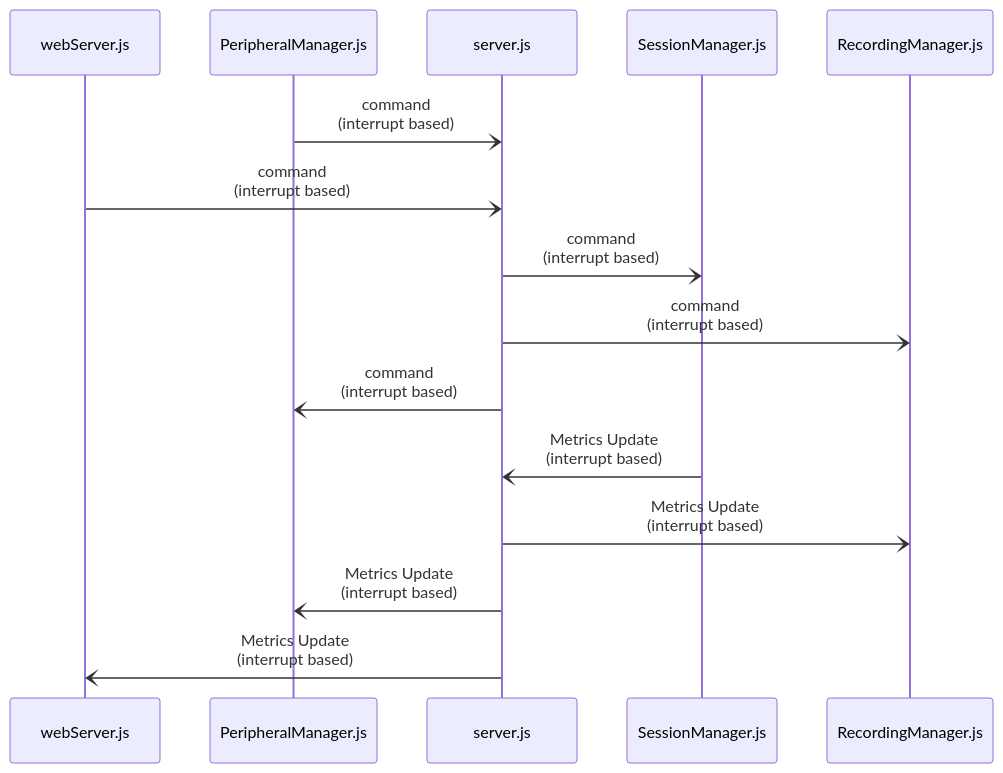
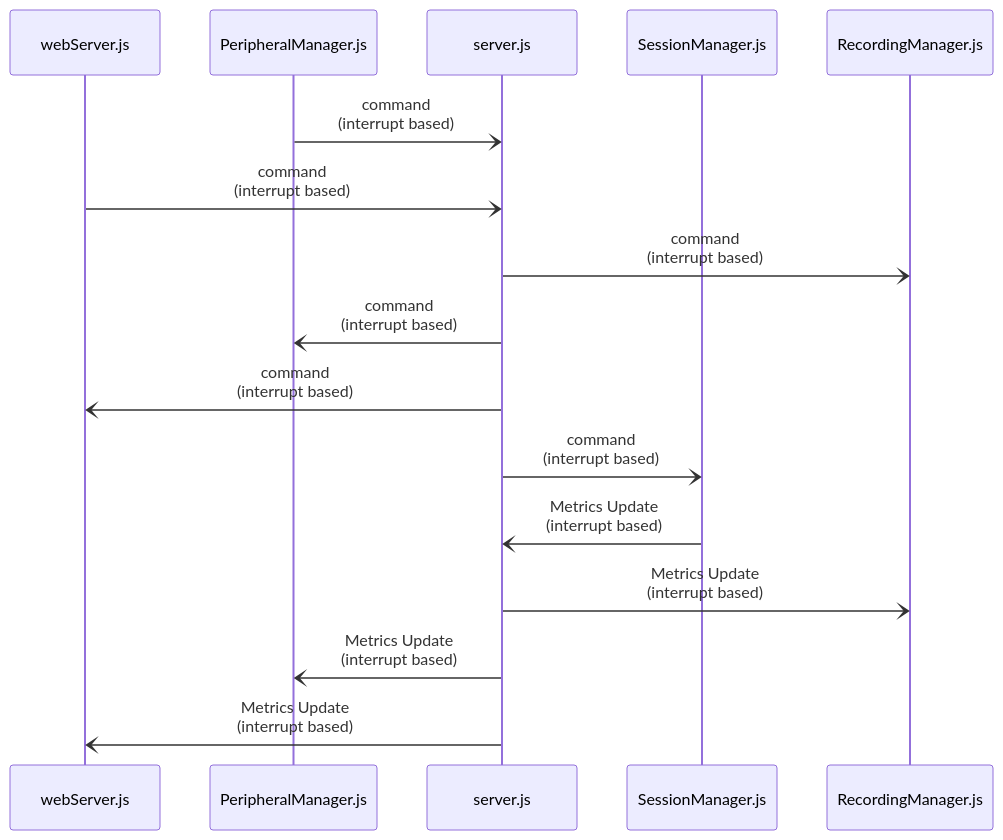
Before and after one commit to LauraVEkris/openrowingmonitor: the second of 6 diagrams in docs/Architecture.md, drawn with Mermaid.

Commit message:
Update to commandflow

````diff
--- a/docs/Architecture.md
+++ b/docs/Architecture.md
@@ -54,17 +54,18 @@
 ```mermaid
 sequenceDiagram
   participant webServer.js
   participant PeripheralManager.js
   participant server.js
   participant SessionManager.js
   participant RecordingManager.js
   PeripheralManager.js-)server.js: command<br>(interrupt based)
   webServer.js-)server.js: command<br>(interrupt based)
-  server.js-)SessionManager.js: command<br>(interrupt based)
   server.js-)RecordingManager.js: command<br>(interrupt based)
   server.js-)PeripheralManager.js: command<br>(interrupt based)
+  server.js-)webServer.js: command<br>(interrupt based)
+  server.js-)SessionManager.js: command<br>(interrupt based)
   SessionManager.js-)server.js: Metrics Update<br>(interrupt based)
   server.js-)RecordingManager.js: Metrics Update<br>(interrupt based)
   server.js-)PeripheralManager.js: Metrics Update<br>(interrupt based)
   server.js-)webServer.js: Metrics Update<br>(interrupt based)
 ```
````
